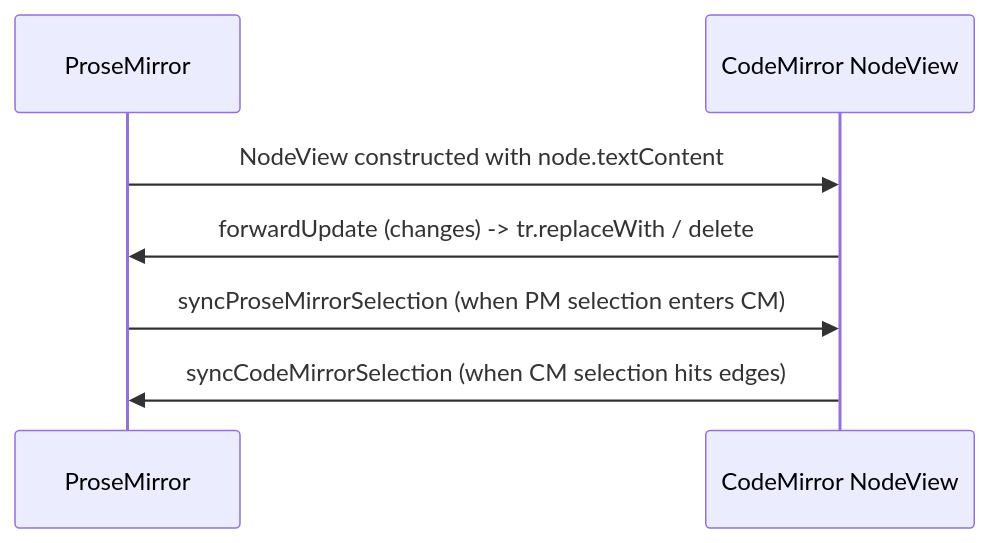
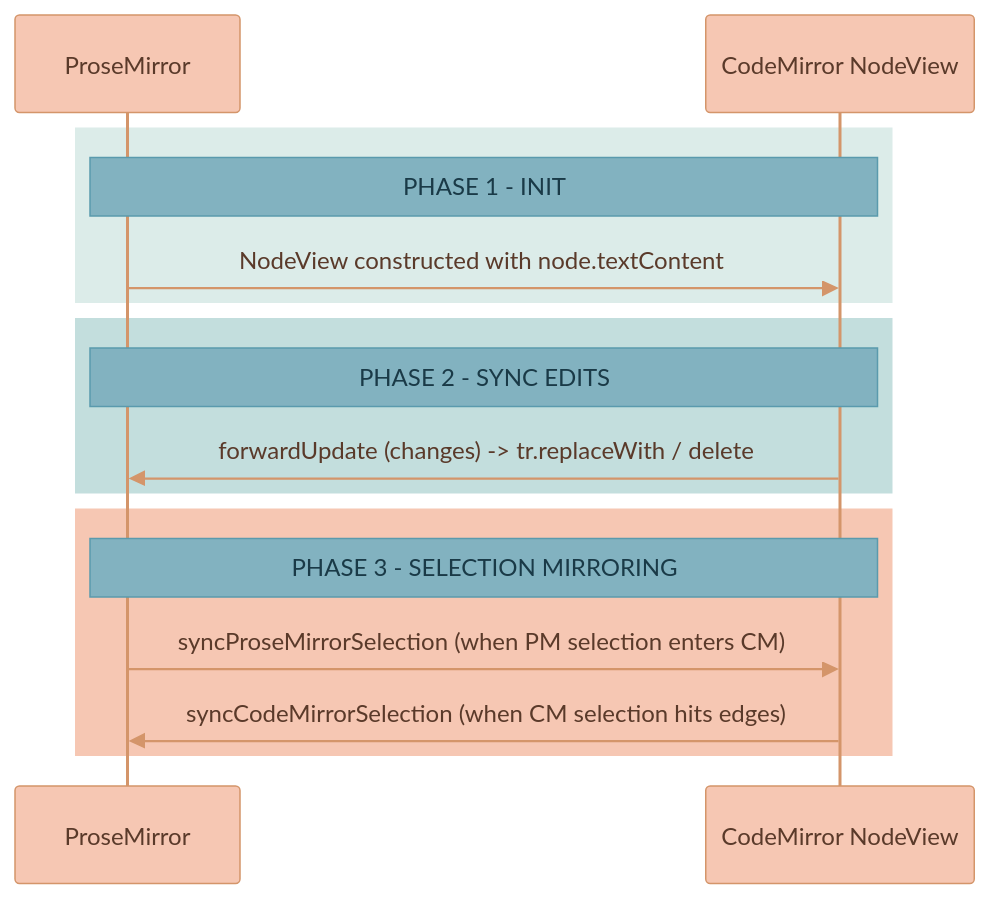
The sixth of 8 diagrams in services/web-ui/src/components/proseMirror/README.md (Lixpi/lixpi), drawn with Mermaid before and after one commit. The commit also changed other lines of this file and 27 other files, not shown here.

````diff
--- a/services/web-ui/src/components/proseMirror/README.md
+++ b/services/web-ui/src/components/proseMirror/README.md
@@ -234,9 +229,28 @@
 ```mermaid
+%%{init: {'theme': 'base', 'themeVariables': { 'noteBkgColor': '#82B2C0', 'noteTextColor': '#1a3a47', 'noteBorderColor': '#5a9aad', 'actorBkg': '#F6C7B3', 'actorBorder': '#d4956a', 'actorTextColor': '#5a3a2a', 'actorLineColor': '#d4956a', 'signalColor': '#d4956a', 'signalTextColor': '#5a3a2a', 'labelBoxBkgColor': '#F6C7B3', 'labelBoxBorderColor': '#d4956a', 'labelTextColor': '#5a3a2a', 'loopTextColor': '#5a3a2a', 'activationBorderColor': '#d4956a', 'activationBkgColor': '#C3DEDD', 'sequenceNumberColor': '#5a3a2a'}}}%%
 sequenceDiagram
   participant PM as ProseMirror
   participant CM as CodeMirror NodeView
-  PM->>CM: NodeView constructed with node.textContent
-  CM->>PM: forwardUpdate (changes) -> tr.replaceWith / delete
-  PM->>CM: syncProseMirrorSelection (when PM selection enters CM)
-  CM->>PM: syncCodeMirrorSelection (when CM selection hits edges)
+  %% ═══════════════════════════════════════════════════════════════
+  %% PHASE 1: INIT
+  %% ═══════════════════════════════════════════════════════════════
+  rect rgb(220, 236, 233)
+      Note over PM, CM: PHASE 1 - INIT
+      PM->>CM: NodeView constructed with node.textContent
+  end
+  %% ═══════════════════════════════════════════════════════════════
+  %% PHASE 2: SYNC EDITS
+  %% ═══════════════════════════════════════════════════════════════
+  rect rgb(195, 222, 221)
+      Note over PM, CM: PHASE 2 - SYNC EDITS
+      CM->>PM: forwardUpdate (changes) -> tr.replaceWith / delete
+  end
+  %% ═══════════════════════════════════════════════════════════════
+  %% PHASE 3: SELECTION MIRRORING
+  %% ═══════════════════════════════════════════════════════════════
+  rect rgb(246, 199, 179)
+      Note over PM, CM: PHASE 3 - SELECTION MIRRORING
+      PM->>CM: syncProseMirrorSelection (when PM selection enters CM)
+      CM->>PM: syncCodeMirrorSelection (when CM selection hits edges)
+  end
 ```
````
